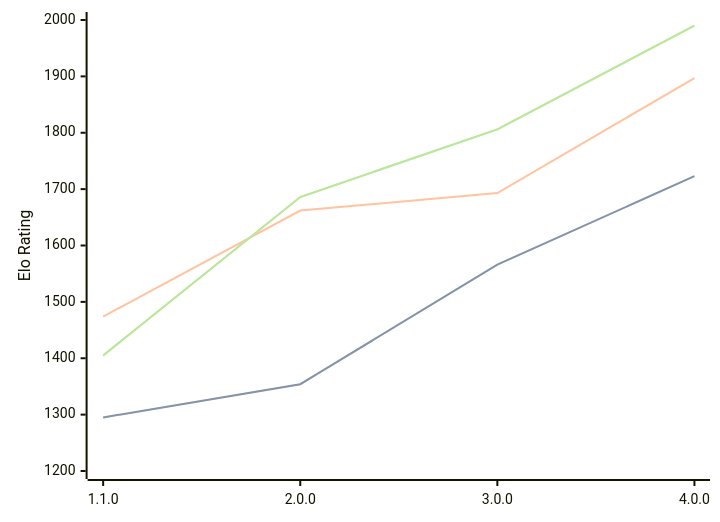
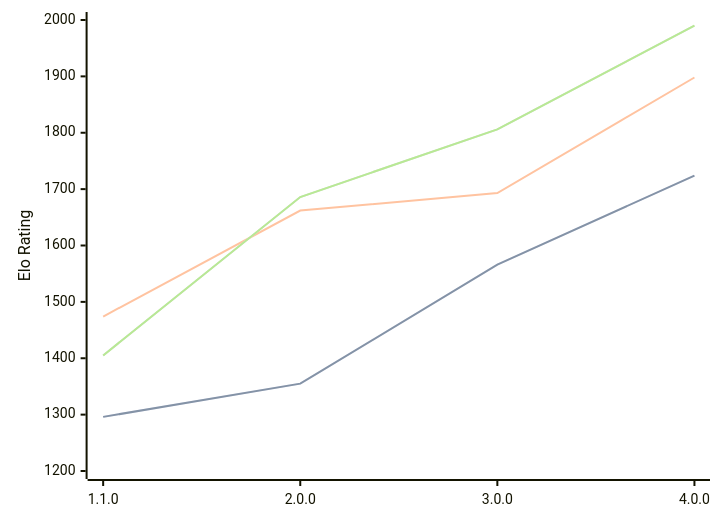
One commit to computer-chess-index/cci changed the diagram in engines/Laura.md. Above: the diagram before and after it, drawn with Mermaid. The commit also changed other lines of this file, not shown here.

````diff
--- a/engines/Laura.md
+++ b/engines/Laura.md
@@ -34,11 +34,11 @@
 ```mermaid
 %%{init: {"theme":"base","themeVariables":{"seriesColors:['#a3a3a3','#222221','#faa371']}}}%%
 xychart-beta
   x-axis ["1.1.0", "2.0.0", "3.0.0", "4.0.0"]
   y-axis "Elo Rating" 1200 --> 2000
-  line "STC (8.0+0.08s)" [1295, 1354, 1566, 1723]
-  line "STC (8.0+0.08s)" [1295, 1354, 1566, 1723]
-  line "LTC (60.0+0.60s)" [1474, 1662, 1693, 1897]
+  line "STC (8.0+0.08s)" [1296, 1355, 1566, 1724]
+  line "STC (8.0+0.08s)" [1296, 1355, 1566, 1724]
+  line "LTC (60.0+0.60s)" [1474, 1662, 1693, 1898]
   line "VLTC (2m24s+1.12s)" [1405, 1686, 1806, 1990]
   line "VLTC (2m24s+1.12s)" [1405, 1686, 1806, 1990]
 ```
````
